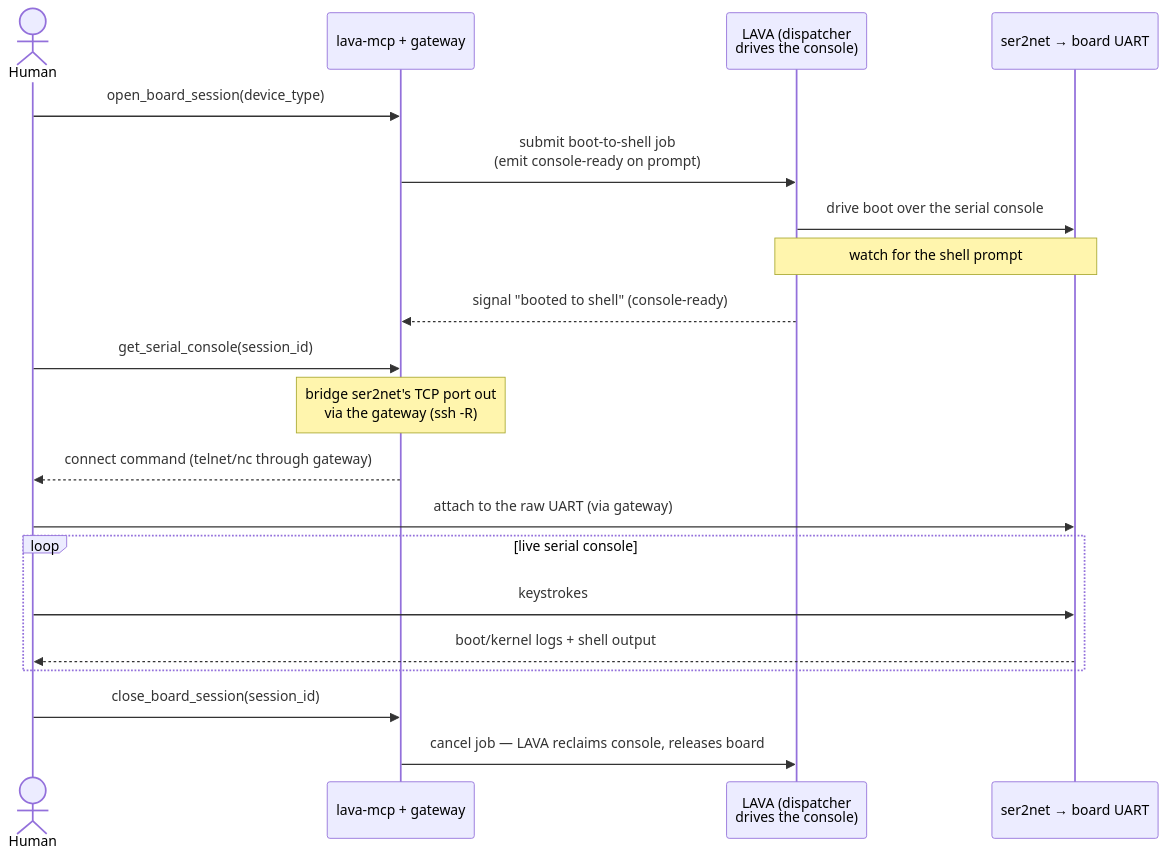
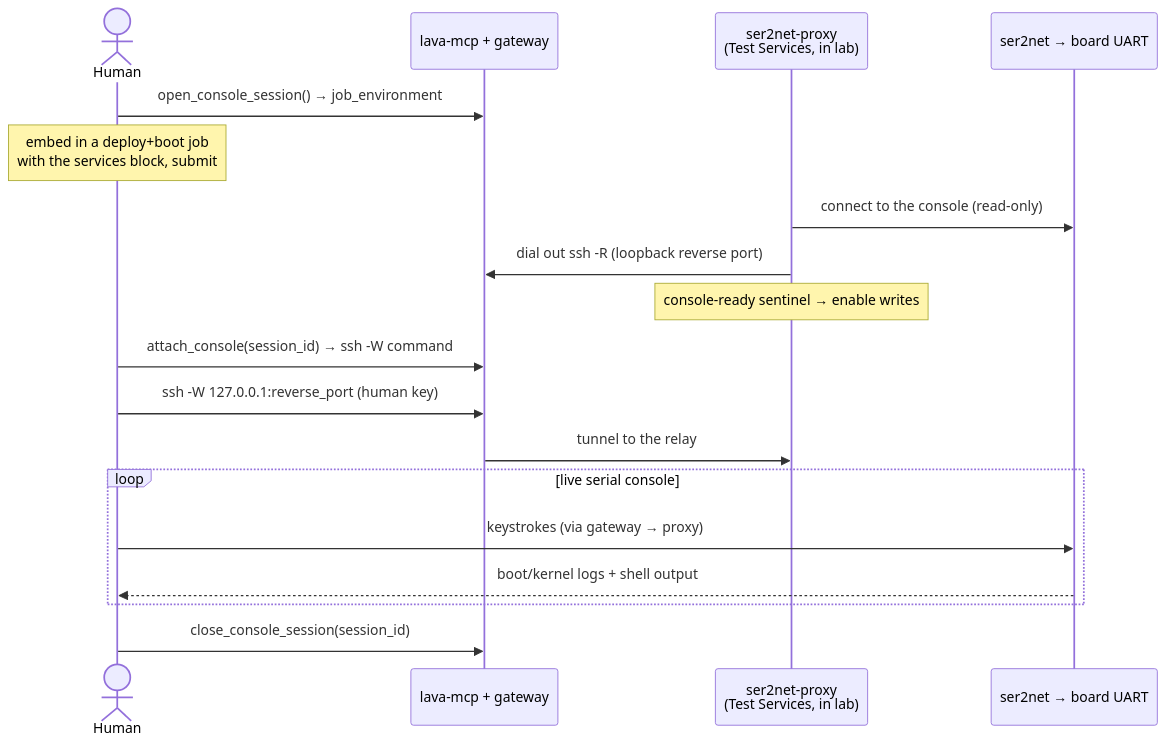
Before and after one commit to lava-mcp/lava-mcp: the third of 3 diagrams in README.md, drawn with Mermaid. The commit also changed other lines of this file and 5 other files, not shown here.

First line of the commit message:
gateway: add attach_shell for an interactive container shell (Feature A)

````diff
--- a/README.md
+++ b/README.md
@@ -258,26 +242,21 @@
 ```mermaid
 sequenceDiagram
     actor Human
     participant MCP as lava-mcp + gateway
-    participant LAVA as LAVA (dispatcher<br/>drives the console)
+    participant Proxy as ser2net-proxy<br/>(Test Services, in lab)
     participant Ser2net as ser2net → board UART
 
-    Human->>MCP: open_board_session(device_type)
-    MCP->>LAVA: submit boot-to-shell job<br/>(emit console-ready on prompt)
-    LAVA->>Ser2net: drive boot over the serial console
-    Note over LAVA,Ser2net: watch for the shell prompt
-    LAVA-->>MCP: signal "booted to shell" (console-ready)
-
-    Human->>MCP: get_serial_console(session_id)
-    Note over MCP: bridge ser2net's TCP port out<br/>via the gateway (ssh -R)
-    MCP-->>Human: connect command (telnet/nc through gateway)
-
-    Human->>Ser2net: attach to the raw UART (via gateway)
+    Human->>MCP: open_console_session() → job_environment
+    Note over Human: embed in a deploy+boot job<br/>with the services block, submit
+    Proxy->>Ser2net: connect to the console (read-only)
+    Proxy->>MCP: dial out ssh -R (loopback reverse port)
+    Note over Proxy: console-ready sentinel → enable writes
+    Human->>MCP: attach_console(session_id) → ssh -W command
+    Human->>MCP: ssh -W 127.0.0.1:reverse_port (human key)
+    MCP->>Proxy: tunnel to the relay
     loop live serial console
-        Human->>Ser2net: keystrokes
+        Human->>Ser2net: keystrokes (via gateway → proxy)
         Ser2net-->>Human: boot/kernel logs + shell output
     end
-
-    Human->>MCP: close_board_session(session_id)
-    MCP->>LAVA: cancel job — LAVA reclaims console, releases board
+    Human->>MCP: close_console_session(session_id)
 ```
````
